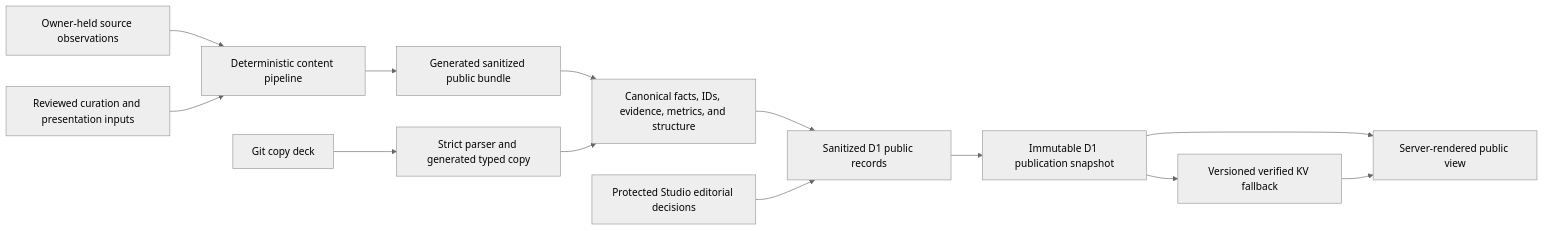
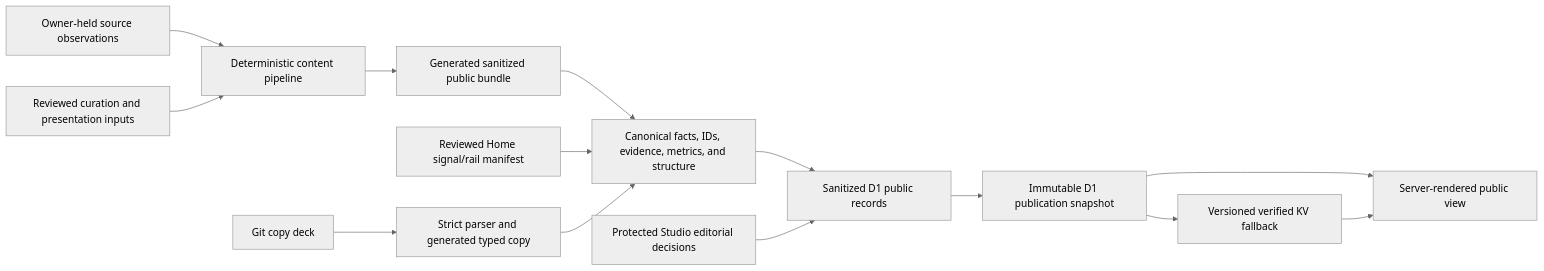
Before and after one commit to ash0ts/anish-shah-work-in-public: the third of 4 diagrams in docs/architecture/codebase-tour.md, drawn with Mermaid (neutral theme). The commit also changed other lines of this file and 85 other files, not shown here.

Commit message:
feat(site): add signal circuit and topic work flow

````diff
--- a/docs/architecture/codebase-tour.md
+++ b/docs/architecture/codebase-tour.md
@@ -119,13 +119,14 @@
 ```mermaid
 flowchart LR
   private["Owner-held source observations"] --> generator["Deterministic content pipeline"]
   curation["Reviewed curation and presentation inputs"] --> generator
   generator --> public["Generated sanitized public bundle"]
   public --> base["Canonical facts, IDs, evidence, metrics, and structure"]
+  home["Reviewed Home signal/rail manifest"] --> base
   copy["Git copy deck"] --> copygen["Strict parser and generated typed copy"] --> base
   base --> seed["Sanitized D1 public records"]
   studio["Protected Studio editorial decisions"] --> seed
   seed --> snapshot["Immutable D1 publication snapshot"]
   snapshot --> view["Server-rendered public view"]
   snapshot --> fallback["Versioned verified KV fallback"] --> view
 ```
````
